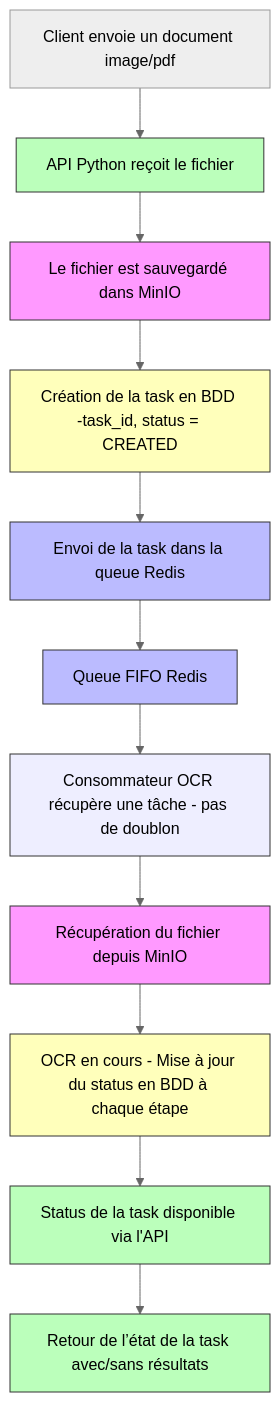
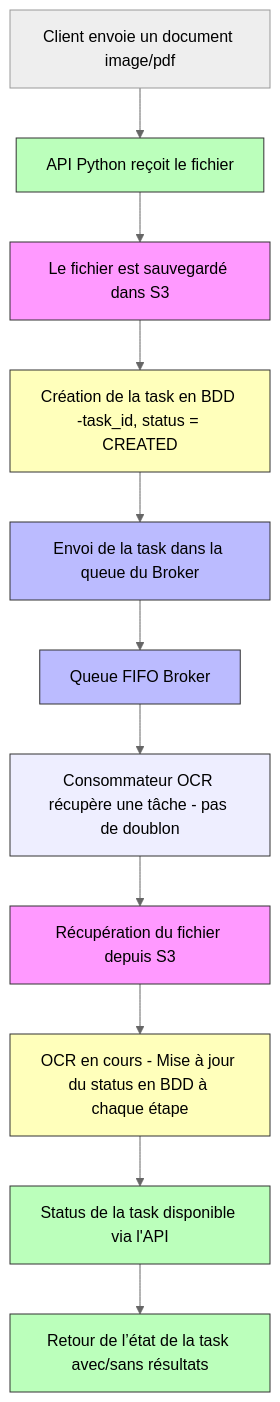
One commit to IA-Generative/ocr-api changed the first of 2 diagrams in README.md. Above: the diagram before and after it, drawn with Mermaid (neutral theme). The commit also changed other lines of this file and 1 other file, not shown here.

````diff
--- a/README.md
+++ b/README.md
@@ -140,28 +14,28 @@
 ```mermaid
 flowchart TD
     A[Client envoie un document image/pdf] --> B[API Python reçoit le fichier]
-    B --> C[Le fichier est sauvegardé dans MinIO]
+    B --> C[Le fichier est sauvegardé dans S3]
     C --> D[Création de la task en BDD -task_id, status = CREATED]
-    D --> E[Envoi de la task dans la queue Redis]
-    E --> F[Queue FIFO Redis]
+    D --> E[Envoi de la task dans la queue du Broker]
+    E --> F[Queue FIFO Broker]
     F --> G[Consommateur OCR récupère une tâche - pas de doublon]
-    G --> H[Récupération du fichier depuis MinIO]
+    G --> H[Récupération du fichier depuis S3]
     H --> I[OCR en cours - Mise à jour du status en BDD à chaque étape]
     I --> J[Status de la task disponible via l'API]
     J --> K[Retour de l’état de la task avec/sans résultats]
 
     classDef store fill:#f9f,stroke:#333,stroke-width:1px;
     class C,H store;
 
     classDef queue fill:#bbf,stroke:#333,stroke-width:1px;
     class E,F queue;
 
     classDef api fill:#bfb,stroke:#333,stroke-width:1px;
     class B,J,K api;
 
     classDef db fill:#ffb,stroke:#333,stroke-width:1px;
     class D,I db;
 
     classDef process fill:#eef,stroke:#333,stroke-width:1px;
     class G process;
 ```
````
